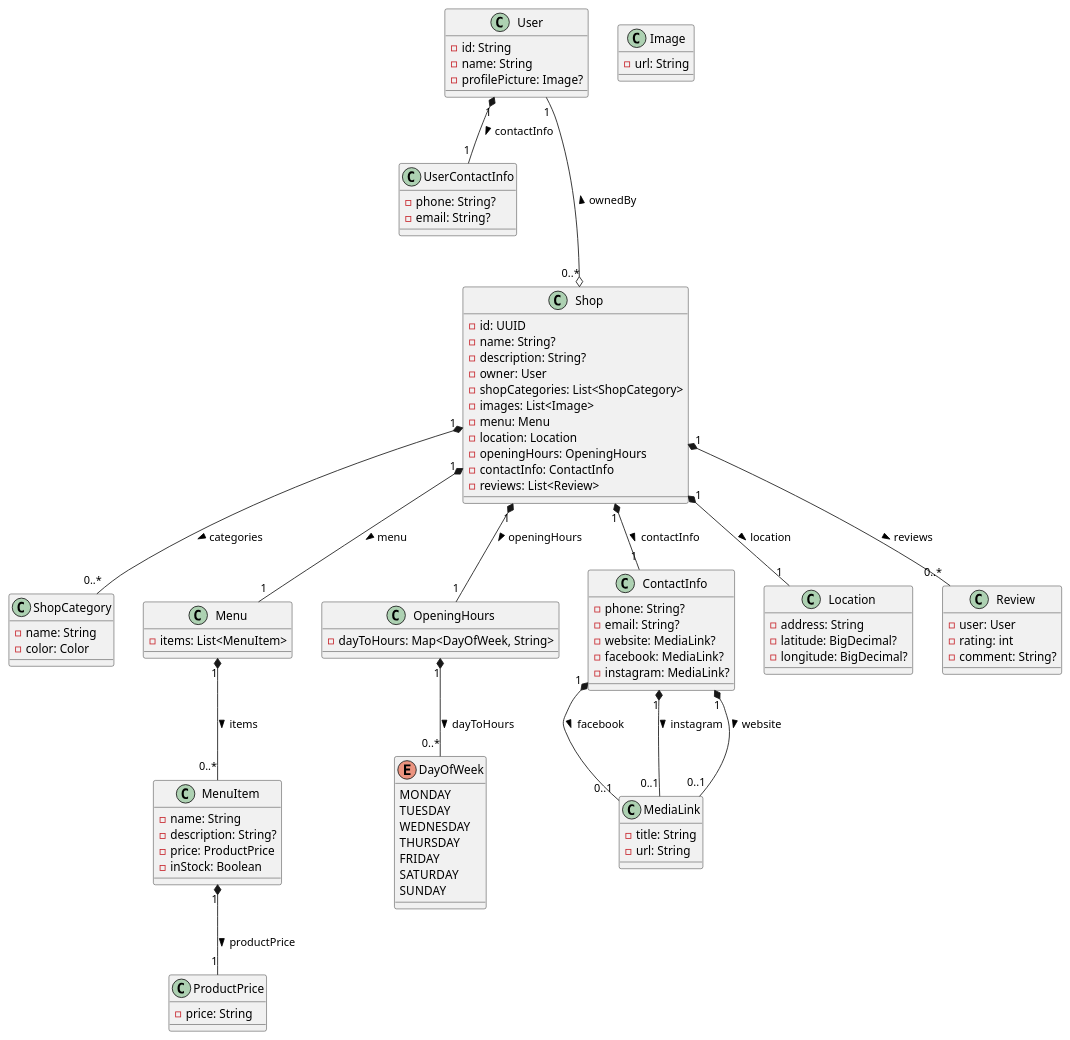
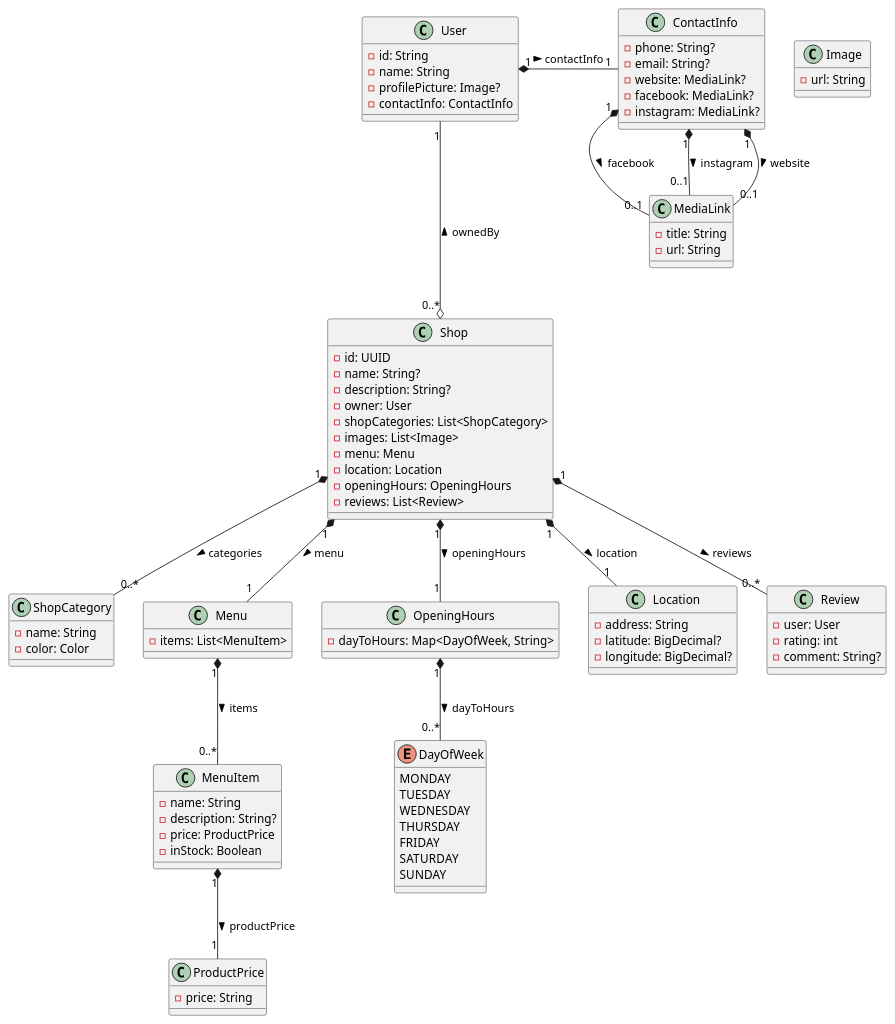
One commit to tondracek/my-farmer changed the diagram in docs/diagram/class.puml. Above: the diagram before and after it, drawn with PlantUML.

Commit message:
Class diagram: moved contact info to user

```diff
--- a/docs/diagram/class.puml
+++ b/docs/diagram/class.puml
@@ -1,136 +1,127 @@
 @startuml
 
 skinparam backgroundColor #FFFFFF
 
 class User {
     - id: String
     - name: String
     - profilePicture: Image?
+    - contactInfo: ContactInfo
 }
 
 ' ----------------------------------- '
 
-class UserContactInfo {
+class ContactInfo {
     - phone: String?
     - email: String?
+    - website: MediaLink?
+    - facebook: MediaLink?
+    - instagram: MediaLink?
 }
 
-User "1" *-- "1" UserContactInfo : contactInfo >
+User "1" *- "1" ContactInfo : contactInfo >
+
+' ----------------------------------- '
+
+class MediaLink {
+    - title: String
+    - url: String
+}
+
+ContactInfo "1" *-- "0..1" MediaLink : facebook >
+ContactInfo "1" *-- "0..1" MediaLink : instagram >
+ContactInfo "1" *-- "0..1" MediaLink : website >
 
 ' ----------------------------------- '
 
 class Shop {
     - id: UUID
     - name: String?
     - description: String?
     - owner: User
     - shopCategories: List<ShopCategory>
     - images: List<Image>
     - menu: Menu
     - location: Location
     - openingHours: OpeningHours
-    - contactInfo: ContactInfo
     - reviews: List<Review>
 }
 
 User "1" ---o "0..*" Shop : ownedBy <
 
 ' ----------------------------------- '
 
 class ShopCategory {
     - name: String
     - color: Color
 }
 
 Shop "1" *-- "0..*" ShopCategory : categories >
 
 ' ----------------------------------- '
 
 class Menu {
     - items: List<MenuItem>
 }
 
 class MenuItem {
     - name: String
     - description: String?
     - price: ProductPrice
     - inStock: Boolean
 }
 
 class ProductPrice {
     - price: String
 }
 
 Shop "1" *-- "1" Menu : menu >
 Menu "1" *-- "0..*" MenuItem : items >
 MenuItem "1" *-- "1" ProductPrice : productPrice >
 
 ' ----------------------------------- '
 
 class OpeningHours {
     - dayToHours: Map<DayOfWeek, String>
 }
 
 enum DayOfWeek {
     MONDAY
     TUESDAY
     WEDNESDAY
     THURSDAY
     FRIDAY
     SATURDAY
     SUNDAY
 }
 
 Shop "1" *-- "1" OpeningHours : openingHours >
 OpeningHours "1" *-- "0..*" DayOfWeek : dayToHours >
 
 ' ----------------------------------- '
 
-class ContactInfo {
-    - phone: String?
-    - email: String?
-    - website: MediaLink?
-    - facebook: MediaLink?
-    - instagram: MediaLink?
-}
-
-Shop "1" *-- "1" ContactInfo : contactInfo >
-
-' ----------------------------------- '
-
-class MediaLink {
-    - title: String
-    - url: String
-}
-
-ContactInfo "1" *-- "0..1" MediaLink : facebook >
-ContactInfo "1" *-- "0..1" MediaLink : instagram >
-ContactInfo "1" *-- "0..1" MediaLink : website >
-
-' ----------------------------------- '
-
 class Location {
     - address: String
     - latitude: BigDecimal?
     - longitude: BigDecimal?
 }
 
 Shop "1" *-- "1" Location : location >
 
 ' ----------------------------------- '
 
 class Review {
     - user: User
     - rating: int
     - comment: String?
 }
 
 Shop "1" *-- "0..*" Review : reviews >
 
 ' ----------------------------------- '
 
 class Image {
     - url: String
 }
 
 @enduml
```
